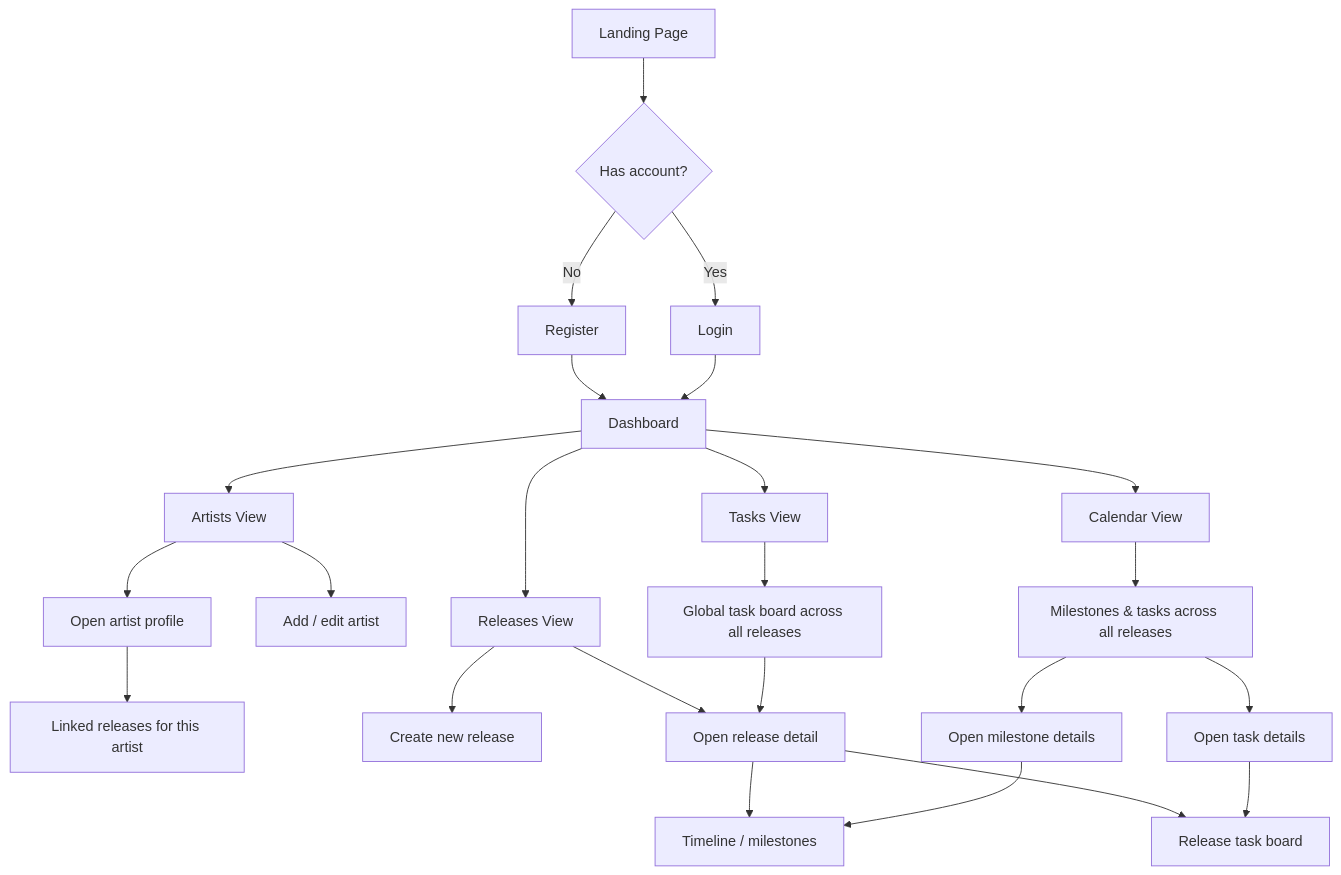
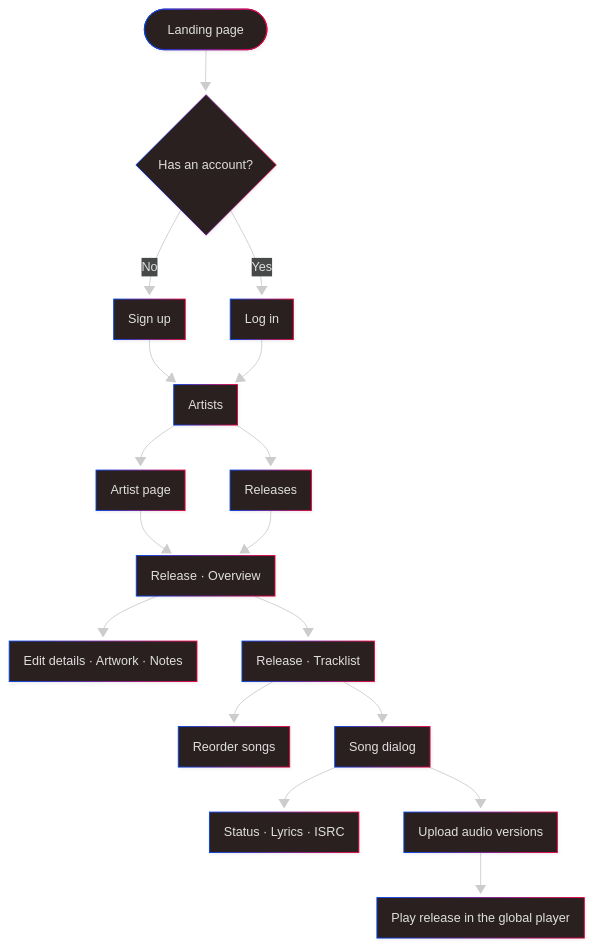
The diagram in Readme.md (danielmuntyanu/cadence-music-release-planner-backend), drawn with Mermaid before and after one commit. The commit also changed other lines of this file and 2 other files, not shown here.

````diff
--- a/Readme.md
+++ b/Readme.md
@@ -28,31 +60,26 @@
 ```mermaid
+---
+config:
+  theme: neo-dark
+  look: neo
+---
 flowchart TD
-    A[Landing Page] --> B{Has account?}
-    B -- No --> C[Register]
-    B -- Yes --> D[Login]
-    C --> F[Dashboard]
-    D --> F[Dashboard]
+    L([Landing page]) --> A{Has an account?}
+    A -- No --> SU[Sign up]
+    A -- Yes --> LI[Log in]
+    SU --> AR
+    LI --> AR
 
-    F --> V1[Artists View]
-    F --> V2[Releases View]
-    F --> V3[Calendar View]
-    F --> V4[Tasks View]
+    AR["Artists"] --> AD["Artist page"]
+    AR --> RL["Releases"]
+    AD --> RD
+    RL --> RD["Release · Overview"]
 
-    V1 --> V1a[Add / edit artist]
-    V1 --> V1b[Open artist profile]
-    V1b --> V1c[Linked releases for this artist]
-
-    V2 --> V2a[Create new release]
-    V2 --> V2b[Open release detail]
-    V2b --> V2c[Timeline / milestones]
-    V2b --> V2d[Release task board]
-
-    V3 --> V3a[Milestones & tasks across all releases]
-    V3a --> V3b[Open task details]
-    V3a --> V3c[Open milestone details]
-    V3b --> V2d
-    V3c --> V2c
-
-    V4 --> V4a[Global task board across all releases]
-    V4a --> V2b
+    RD --> ED[Edit details · Artwork · Notes]
+    RD --> TL["Release · Tracklist"]
+    TL --> DR[Reorder songs]
+    TL --> SD[Song dialog]
+    SD --> ST[Status · Lyrics · ISRC]
+    SD --> UP[Upload audio versions]
+    UP --> PL[Play release in the global player]
 ```
````
